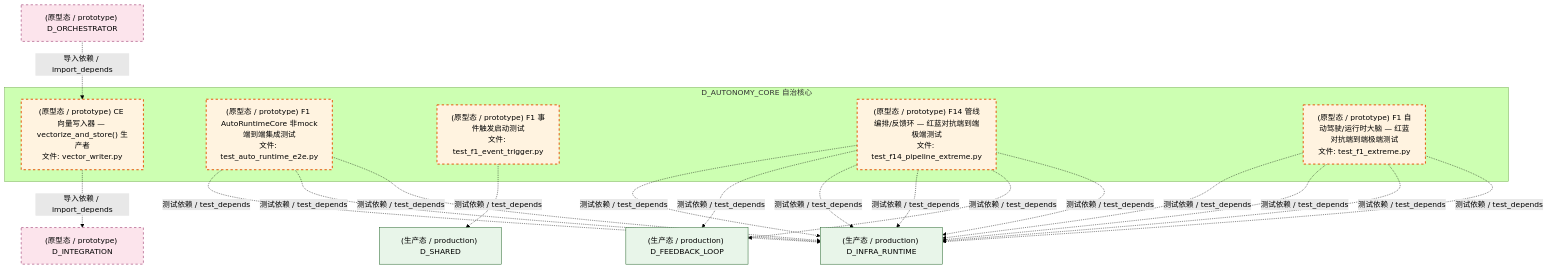
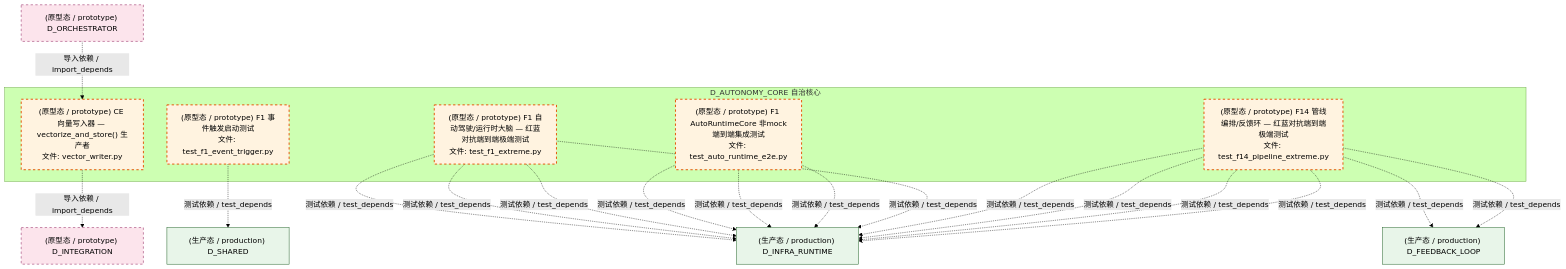
The seventh of 8 diagrams in docs/02_enterprise_architecture/02_domain_architecture_docs/07_d_autonomy_core.md (xuanFelixVan/ZephyrAlpha), drawn with Mermaid (forest theme) before and after one commit. The commit also changed other lines of this file and 89 other files, not shown here.

````diff
--- a/docs/02_enterprise_architecture/02_domain_architecture_docs/07_d_autonomy_core.md
+++ b/docs/02_enterprise_architecture/02_domain_architecture_docs/07_d_autonomy_core.md
@@ -744,38 +744,38 @@
 ```mermaid
 graph TD
     subgraph D_AUTONOMY_CORE["D_AUTONOMY_CORE 自治核心"]
         src_zephyr_integration_vector_memory_vector_writer_py["(原型态 / prototype) CE 向量写入器 — vectorize_and_store() 生产者<br/>文件: vector_writer.py"]
         tests_automation_test_auto_runtime_e2e_py["(原型态 / prototype) F1 AutoRuntimeCore 非mock端到端集成测试<br/>文件: test_auto_runtime_e2e.py"]
         tests_f_lifecycle_test_f1_event_trigger_py["(原型态 / prototype) F1 事件触发启动测试<br/>文件: test_f1_event_trigger.py"]
         tests_trading_extreme_test_f14_pipeline_extreme_py["(原型态 / prototype) F14 管线编排/反馈环 — 红蓝对抗端到端极端测试<br/>文件: test_f14_pipeline_extreme.py"]
         tests_trading_extreme_test_f1_extreme_py["(原型态 / prototype) F1 自动驾驶/运行时大脑 — 红蓝对抗端到端极端测试<br/>文件: test_f1_extreme.py"]
     end
     D_INFRA_RUNTIME["(生产态 / production) D_INFRA_RUNTIME"]
     tests_trading_extreme_test_f14_pipeline_extreme_py -.->|测试依赖 / test_depends| D_INFRA_RUNTIME
+    D_FEEDBACK_LOOP["(生产态 / production) D_FEEDBACK_LOOP"]
+    tests_trading_extreme_test_f14_pipeline_extreme_py -.->|测试依赖 / test_depends| D_FEEDBACK_LOOP
+    tests_trading_extreme_test_f14_pipeline_extreme_py -.->|测试依赖 / test_depends| D_INFRA_RUNTIME
+    tests_trading_extreme_test_f14_pipeline_extreme_py -.->|测试依赖 / test_depends| D_INFRA_RUNTIME
+    tests_trading_extreme_test_f14_pipeline_extreme_py -.->|测试依赖 / test_depends| D_INFRA_RUNTIME
     D_SHARED["(生产态 / production) D_SHARED"]
     tests_f_lifecycle_test_f1_event_trigger_py -.->|测试依赖 / test_depends| D_SHARED
     tests_trading_extreme_test_f1_extreme_py -.->|测试依赖 / test_depends| D_INFRA_RUNTIME
-    D_FEEDBACK_LOOP["(生产态 / production) D_FEEDBACK_LOOP"]
-    tests_trading_extreme_test_f14_pipeline_extreme_py -.->|测试依赖 / test_depends| D_FEEDBACK_LOOP
     tests_automation_test_auto_runtime_e2e_py -.->|测试依赖 / test_depends| D_INFRA_RUNTIME
     D_INTEGRATION["(原型态 / prototype) D_INTEGRATION"]
     src_zephyr_integration_vector_memory_vector_writer_py -.->|导入依赖 / import_depends| D_INTEGRATION
-    tests_trading_extreme_test_f14_pipeline_extreme_py -.->|测试依赖 / test_depends| D_INFRA_RUNTIME
-    tests_trading_extreme_test_f14_pipeline_extreme_py -.->|测试依赖 / test_depends| D_INFRA_RUNTIME
+    tests_automation_test_auto_runtime_e2e_py -.->|测试依赖 / test_depends| D_INFRA_RUNTIME
     tests_automation_test_auto_runtime_e2e_py -.->|测试依赖 / test_depends| D_INFRA_RUNTIME
     tests_trading_extreme_test_f14_pipeline_extreme_py -.->|测试依赖 / test_depends| D_FEEDBACK_LOOP
-    tests_automation_test_auto_runtime_e2e_py -.->|测试依赖 / test_depends| D_INFRA_RUNTIME
     tests_trading_extreme_test_f1_extreme_py -.->|测试依赖 / test_depends| D_INFRA_RUNTIME
     tests_trading_extreme_test_f1_extreme_py -.->|测试依赖 / test_depends| D_INFRA_RUNTIME
     tests_trading_extreme_test_f1_extreme_py -.->|测试依赖 / test_depends| D_INFRA_RUNTIME
-    tests_trading_extreme_test_f14_pipeline_extreme_py -.->|测试依赖 / test_depends| D_INFRA_RUNTIME
     D_ORCHESTRATOR["(原型态 / prototype) D_ORCHESTRATOR"]
     D_ORCHESTRATOR -.->|导入依赖 / import_depends| src_zephyr_integration_vector_memory_vector_writer_py
     classDef production fill:#e1f5fe,stroke:#01579b,stroke-width:2px,color:#000
     classDef design fill:#fff3e0,stroke:#e65100,stroke-width:2px,color:#000,stroke-dasharray: 5 5
     classDef external_prod fill:#e8f5e9,stroke:#1b5e20,stroke-width:1px,color:#000
     classDef external_design fill:#fce4ec,stroke:#880e4f,stroke-width:1px,color:#000,stroke-dasharray: 5 5
     class src_zephyr_integration_vector_memory_vector_writer_py,tests_automation_test_auto_runtime_e2e_py,tests_f_lifecycle_test_f1_event_trigger_py,tests_trading_extreme_test_f14_pipeline_extreme_py,tests_trading_extreme_test_f1_extreme_py design
-    class D_INFRA_RUNTIME,D_SHARED,D_FEEDBACK_LOOP external_prod
+    class D_INFRA_RUNTIME,D_FEEDBACK_LOOP,D_SHARED external_prod
     class D_INTEGRATION,D_ORCHESTRATOR external_design
 ```
````
